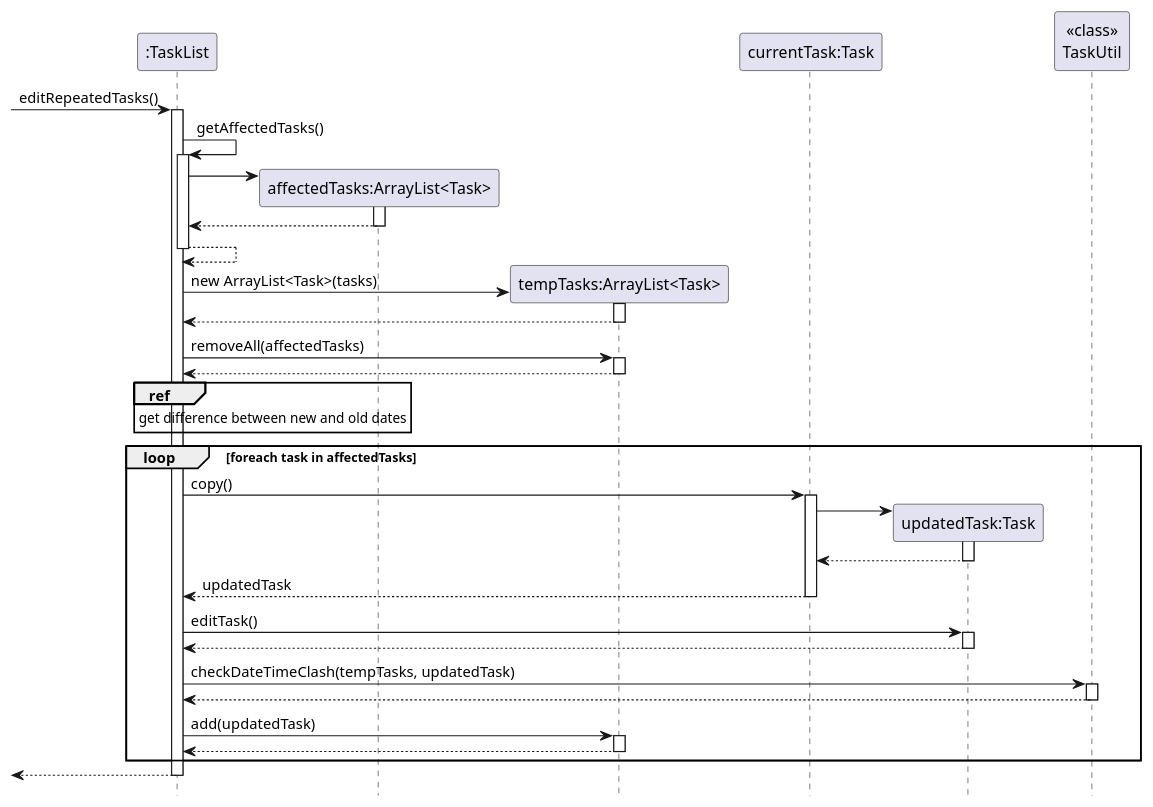
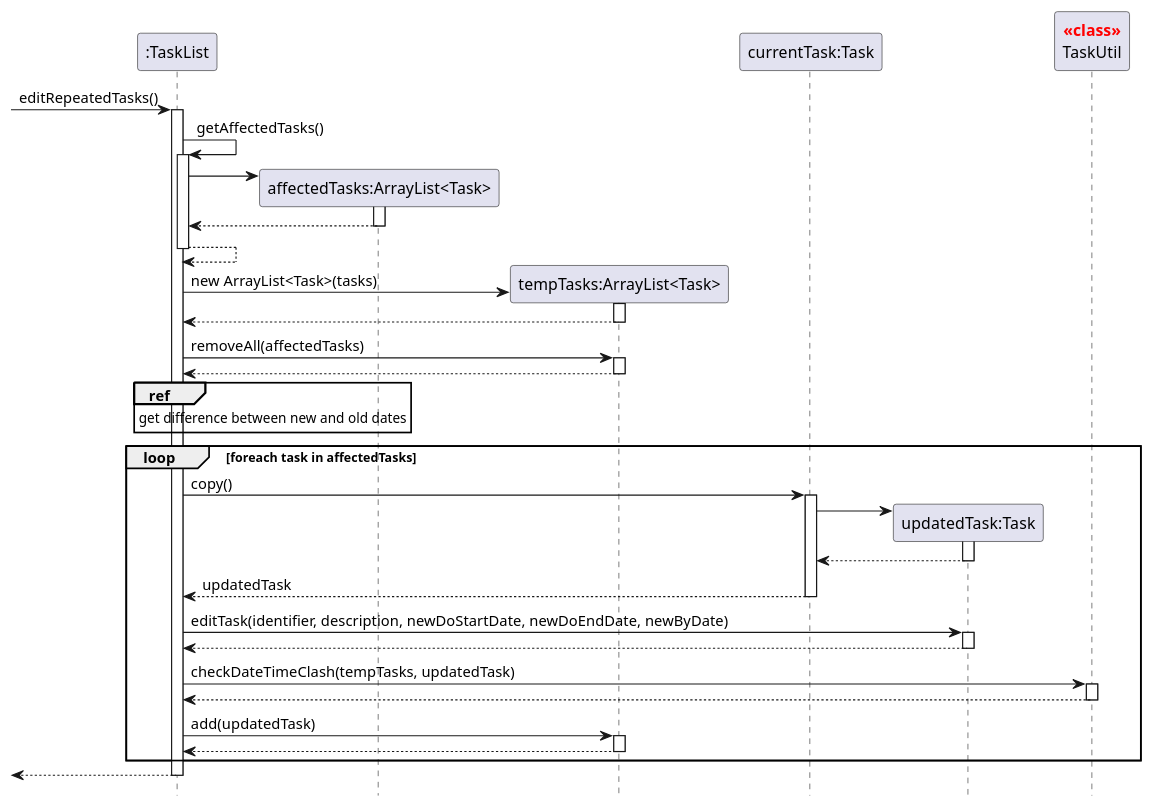
The diagram in docs/puml/EditRepeatedTaskSD.puml (nus-cs2113-AY2122S2/tp), drawn with PlantUML before and after one commit. The commit also changed 3 other files, not shown here.

Commit message:
Add color to class tag for sequence diagrams

```diff
--- a/docs/puml/EditRepeatedTaskSD.puml
+++ b/docs/puml/EditRepeatedTaskSD.puml
@@ -1,42 +1,42 @@
 @startuml
 'https://plantuml.com/sequence-diagram
 
 hide footbox
 participant TaskList as ":TaskList"
 participant affectedTasks as "affectedTasks:ArrayList<Task>"
 participant tempTasks as "tempTasks:ArrayList<Task>"
 participant currentTask as "currentTask:Task"
 participant newTask as "updatedTask:Task"
-participant TaskUtil as "<<class>>\nTaskUtil"
+participant TaskUtil as "<font color=red>**<<class>>**\nTaskUtil"
 
 [-> TaskList ++ : editRepeatedTasks()
 TaskList -> TaskList ++ : getAffectedTasks()
 create affectedTasks
 TaskList -> affectedTasks ++:
 affectedTasks --> TaskList --
 TaskList --> TaskList --
 
 create tempTasks
 TaskList -> tempTasks ++: new ArrayList<Task>(tasks)
 tempTasks --> TaskList --
 
 TaskList -> tempTasks ++: removeAll(affectedTasks)
 tempTasks --> TaskList --
 
 ref over TaskList : get difference between new and old dates
 
 loop foreach task in affectedTasks
     TaskList -> currentTask ++ : copy()
     create newTask
     currentTask -> newTask ++
     newTask --> currentTask --
     currentTask --> TaskList -- : updatedTask
-    TaskList -> newTask ++ : editTask()
+    TaskList -> newTask ++ : editTask(identifier, description, newDoStartDate, newDoEndDate, newByDate)
     newTask --> TaskList --
     TaskList -> TaskUtil ++ : checkDateTimeClash(tempTasks, updatedTask)
     TaskUtil --> TaskList --
     TaskList -> tempTasks ++ : add(updatedTask)
     tempTasks --> TaskList --
 end
 return
 @enduml
```
